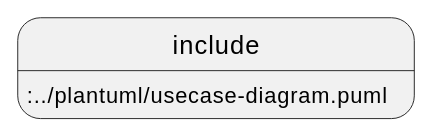
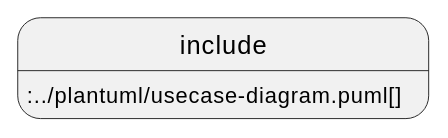
One commit to htl-leonding-project/franklyn-quarkus changed the second of 2 diagrams in docs/asciidocs/technology-architecture/system-specification.adoc. Above: the diagram before and after it, drawn with PlantUML. The commit also changed other lines of this file, not shown here.

Commit message:
please work

```diff
--- a/docs/asciidocs/technology-architecture/system-specification.adoc
+++ b/docs/asciidocs/technology-architecture/system-specification.adoc
@@ -11,4 +11,4 @@
 [plantuml,img2,svg]
 ----
-include::../plantuml/usecase-diagram.puml
+include::../plantuml/usecase-diagram.puml[]
 ----
```
